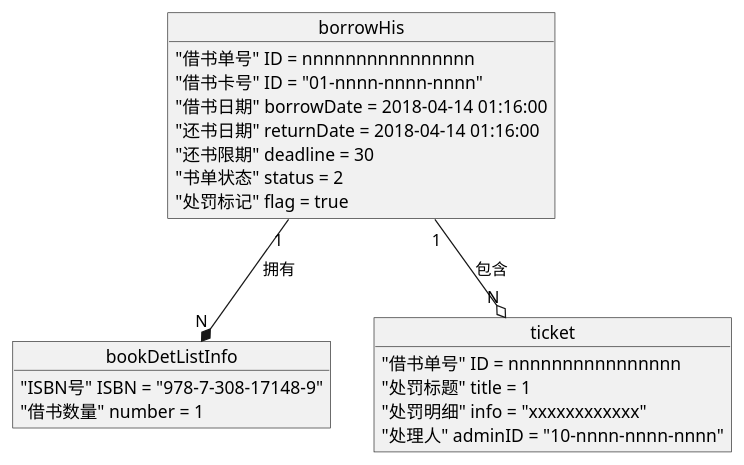
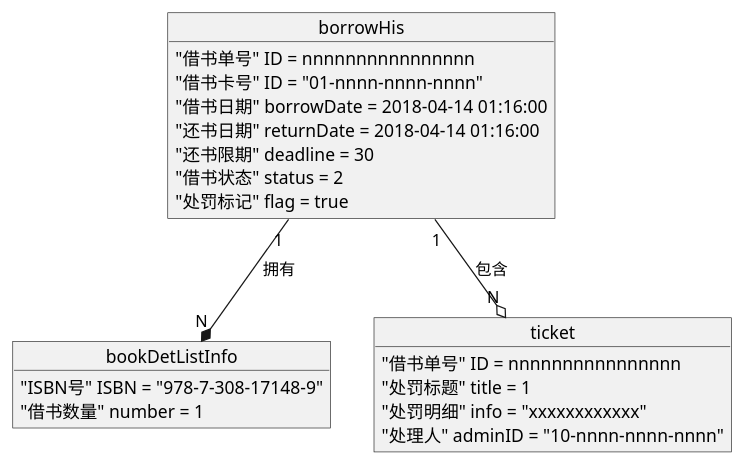
One commit to 201610414130/is_analysis-4 changed the sixth of 8 diagrams in test3/objectView.pu. Above: the diagram before and after it, drawn with PlantUML. The commit also changed other lines of this file and 9 other files, not shown here.

```diff
--- a/test3/objectView.pu
+++ b/test3/objectView.pu
@@ -71,23 +70,23 @@
 @startuml borrowHis
 object borrowHis{
     "借书单号" ID = nnnnnnnnnnnnnnnn
     "借书卡号" ID = "01-nnnn-nnnn-nnnn"
     "借书日期" borrowDate = 2018-04-14 01:16:00
     "还书日期" returnDate = 2018-04-14 01:16:00
     "还书限期" deadline = 30
-    "书单状态" status = 2
+    "借书状态" status = 2
     "处罚标记" flag = true
 }
 object bookDetListInfo{
     "ISBN号" ISBN = "978-7-308-17148-9"
     "借书数量" number = 1
 }
 borrowHis "1" --* "N" bookDetListInfo:拥有
 object ticket{
     "借书单号" ID = nnnnnnnnnnnnnnnn
     "处罚标题" title = 1
     "处罚明细" info = "xxxxxxxxxxxx"
     "处理人" adminID = "10-nnnn-nnnn-nnnn"
 }
 borrowHis "1" --o "N" ticket:包含
 @enduml
```
